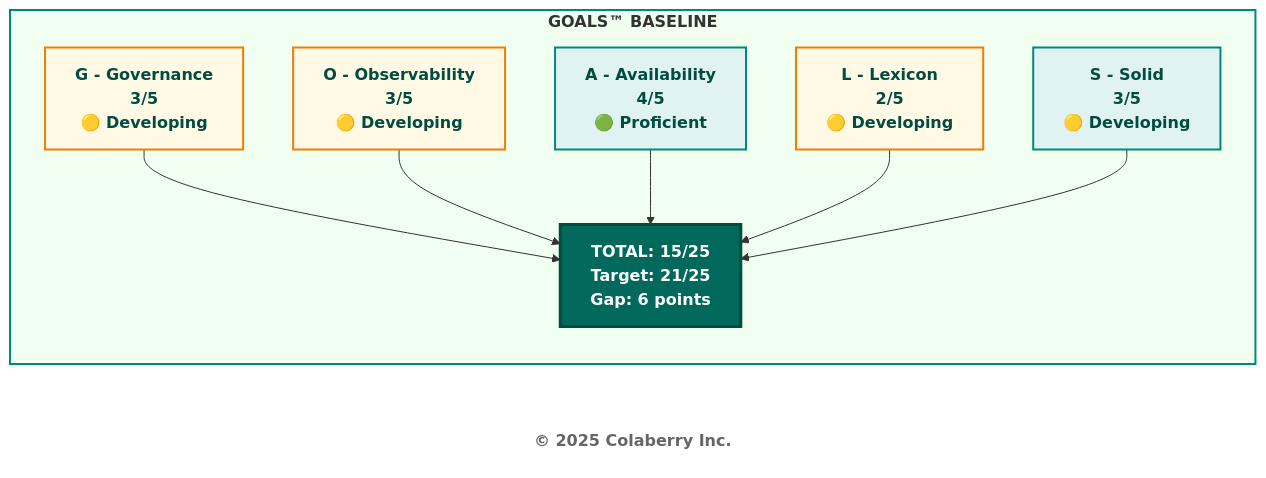
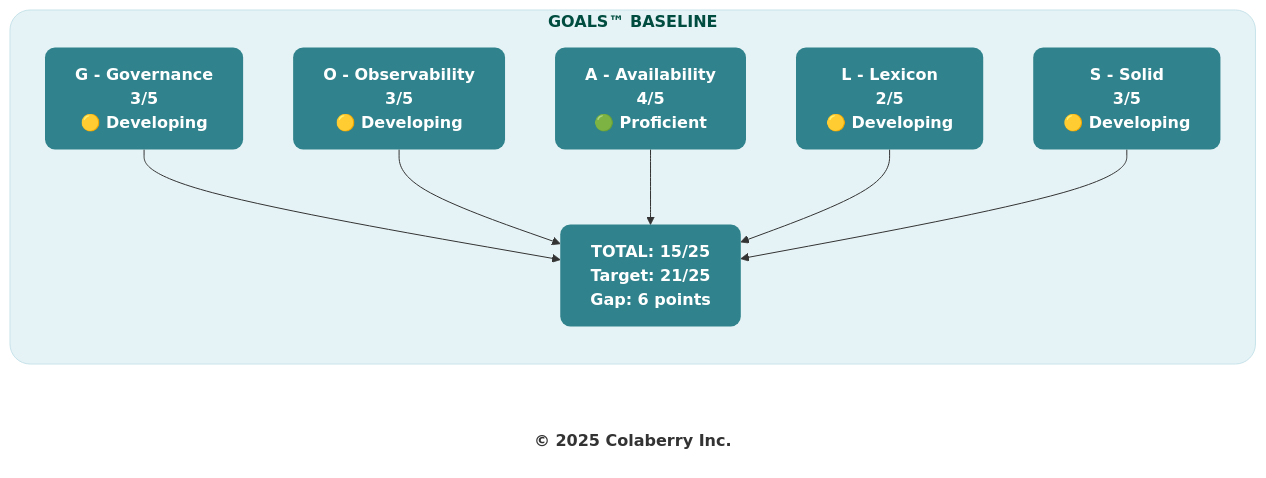
One commit to saitejesh-cyber/trust-before-intelligence-book changed the first of 11 diagrams in manuscript/09_chapter_8_architecture_of_trust_in_action.md. Above: the diagram before and after it, drawn with Mermaid. The commit also changed other lines of this file and 7 other files, not shown here.

Commit message:
Chapter 6to13: Updated mermaid diagrams based on new colaberry color code

````diff
--- a/manuscript/09_chapter_8_architecture_of_trust_in_action.md
+++ b/manuscript/09_chapter_8_architecture_of_trust_in_action.md
@@ -50,29 +50,29 @@
 ```mermaid
 graph LR
   subgraph BASELINE["<b>GOALS™ BASELINE</b>"]
     G["<b>G - Governance</b><br/><b>3/5</b><br/><b>🟡 Developing</b>"]
     O["<b>O - Observability</b><br/><b>3/5</b><br/><b>🟡 Developing</b>"]
     A["<b>A - Availability</b><br/><b>4/5</b><br/><b>🟢 Proficient</b>"]
     L["<b>L - Lexicon</b><br/><b>2/5</b><br/><b>🟡 Developing</b>"]
     S["<b>S - Solid</b><br/><b>3/5</b><br/><b>🟡 Developing</b>"]
     
     TOTAL["<b>TOTAL: 15/25</b><br/><b>Target: 21/25</b><br/><b>Gap: 6 points</b>"]
   end
   
   G --> TOTAL
   O --> TOTAL
   A --> TOTAL
   L --> TOTAL
   S --> TOTAL
   
-  style BASELINE fill:#f0fff0,stroke:#00897b,stroke-width:2px
-  style G fill:#fff9e6,stroke:#f57c00,stroke-width:2px,color:#004d40
-  style O fill:#fff9e6,stroke:#f57c00,stroke-width:2px,color:#004d40
-  style A fill:#e0f2f1,stroke:#00897b,stroke-width:2px,color:#004d40
-  style L fill:#fff9e6,stroke:#f57c00,stroke-width:2px,color:#004d40
-  style S fill:#e0f2f1,stroke:#00897b,stroke-width:2px,color:#004d40
-  style TOTAL fill:#00695c,color:#ffffff,stroke:#004d40,stroke-width:3px
+  style BASELINE fill:#e6f3f6,stroke:#c7e3ea,stroke-width:1px,color:#004d40,rx:20,ry:20
+  style G fill:#30838C,stroke:none,color:#ffffff,rx:10,ry:10
+  style O fill:#30838C,stroke:none,color:#ffffff,rx:10,ry:10
+  style A fill:#30838C,stroke:none,color:#ffffff,rx:10,ry:10
+  style L fill:#30838C,stroke:none,color:#ffffff,rx:10,ry:10
+  style S fill:#30838C,stroke:none,color:#ffffff,rx:10,ry:10
+  style TOTAL fill:#30838C,stroke:none,color:#ffffff,rx:10,ry:10
   
   Copyright["<b>© 2025 Colaberry Inc.</b>"]
-  style Copyright fill:#ffffff,stroke:none,color:#666666
+  style Copyright fill:none,stroke:none,color:#333333
 ```
````
